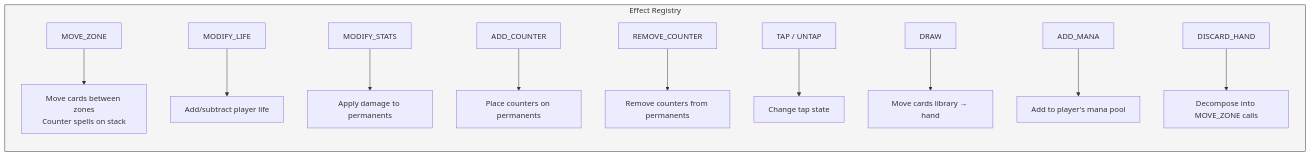
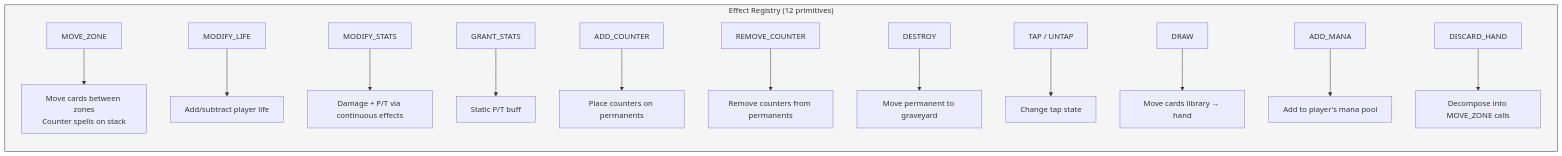
Before and after one commit to sschan39/card-game: the fourth of 5 diagrams in ARCHITECTURE.md, drawn with Mermaid. The commit also changed other lines of this file, not shown here.

````diff
--- a/ARCHITECTURE.md
+++ b/ARCHITECTURE.md
@@ -560,17 +757,19 @@
 ```mermaid
 flowchart LR
-    subgraph EffectRegistry["Effect Registry"]
+    subgraph EffectRegistry["Effect Registry (12 primitives)"]
         direction TB
         A["MOVE_ZONE"] --> A1["Move cards between zones\nCounter spells on stack"]
         B["MODIFY_LIFE"] --> B1["Add/subtract player life"]
-        C["MODIFY_STATS"] --> C1["Apply damage to permanents"]
+        C["MODIFY_STATS"] --> C1["Damage + P/T via continuous effects"]
+        C2["GRANT_STATS"] --> C3["Static P/T buff"]
         D["ADD_COUNTER"] --> D1["Place counters on permanents"]
         E["REMOVE_COUNTER"] --> E1["Remove counters from permanents"]
+        E2["DESTROY"] --> E3["Move permanent to graveyard"]
         F["TAP / UNTAP"] --> F1["Change tap state"]
         G["DRAW"] --> G1["Move cards library → hand"]
         H["ADD_MANA"] --> H1["Add to player's mana pool"]
         I["DISCARD_HAND"] --> I1["Decompose into MOVE_ZONE calls"]
     end
 
     style EffectRegistry fill:#f5f5f5,stroke:#333
 ```
````
